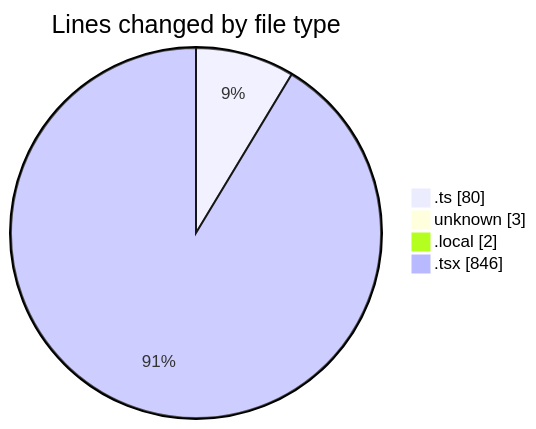
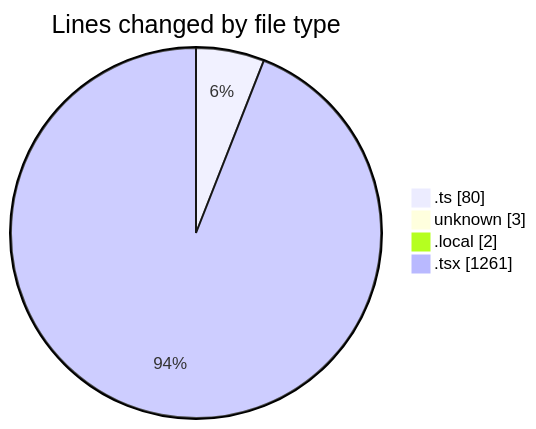
One commit to JenPaints/code-tracking changed the first of 2 diagrams in 2025-06-21/archive/README.md. Above: the diagram before and after it, drawn with Mermaid. The commit also changed other lines of this file and 1 other file, not shown here.

````diff
--- a/2025-06-21/archive/README.md
+++ b/2025-06-21/archive/README.md
@@ -25,8 +26,8 @@
 ```mermaid
 pie showData
 title Lines changed by file type
 ".ts" : 80
 "unknown" : 3
 ".local" : 2
-".tsx" : 846
+".tsx" : 1261
 ```
````
